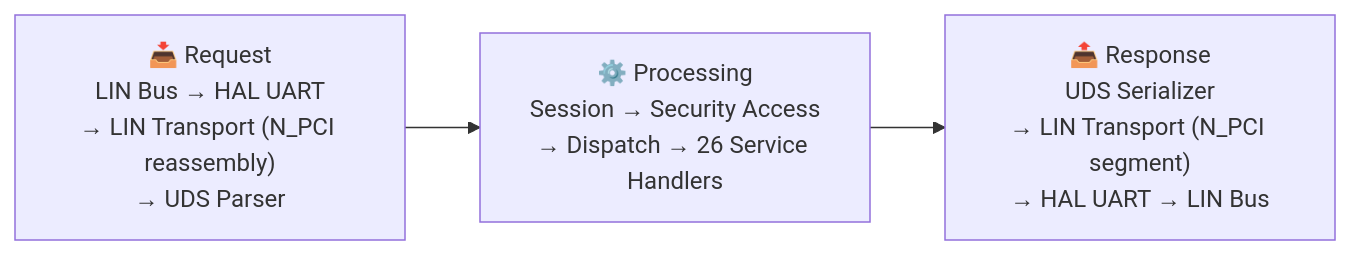
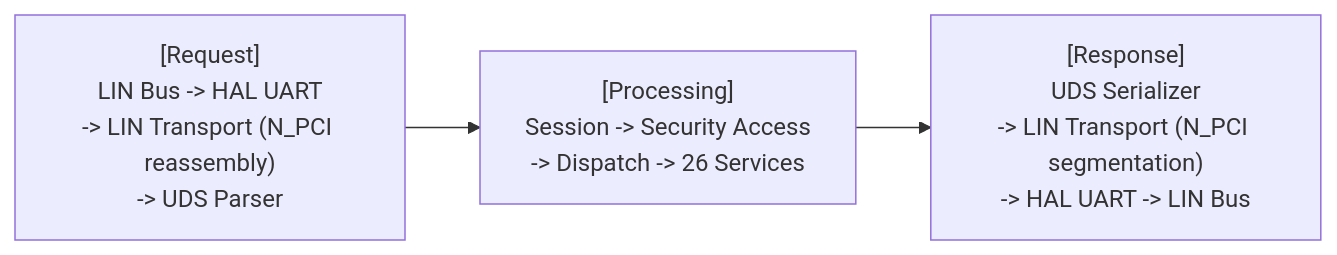
One commit to HUANGzc83/uds-lin-ecu changed the diagram in README_EN.md. Above: the diagram before and after it, drawn with Mermaid. The commit also changed 1 other file, not shown here.

Commit message:
docs: remove emoji and unicode arrows from Mermaid for VS Code compat

````diff
--- a/README_EN.md
+++ b/README_EN.md
@@ -30,8 +30,8 @@
 ```mermaid
-flowchart LR
-    REQ["📥 Request\nLIN Bus → HAL UART\n→ LIN Transport (N_PCI reassembly)\n→ UDS Parser"]
+graph LR
+    REQ["[Request]\nLIN Bus -> HAL UART\n-> LIN Transport (N_PCI reassembly)\n-> UDS Parser"]
     REQ --> PROC
-    PROC["⚙️ Processing\nSession → Security Access\n→ Dispatch → 26 Service Handlers"]
+    PROC["[Processing]\nSession -> Security Access\n-> Dispatch -> 26 Services"]
     PROC --> RSP
-    RSP["📤 Response\nUDS Serializer\n→ LIN Transport (N_PCI segment)\n→ HAL UART → LIN Bus"]
+    RSP["[Response]\nUDS Serializer\n-> LIN Transport (N_PCI segmentation)\n-> HAL UART -> LIN Bus"]
 ```
````
